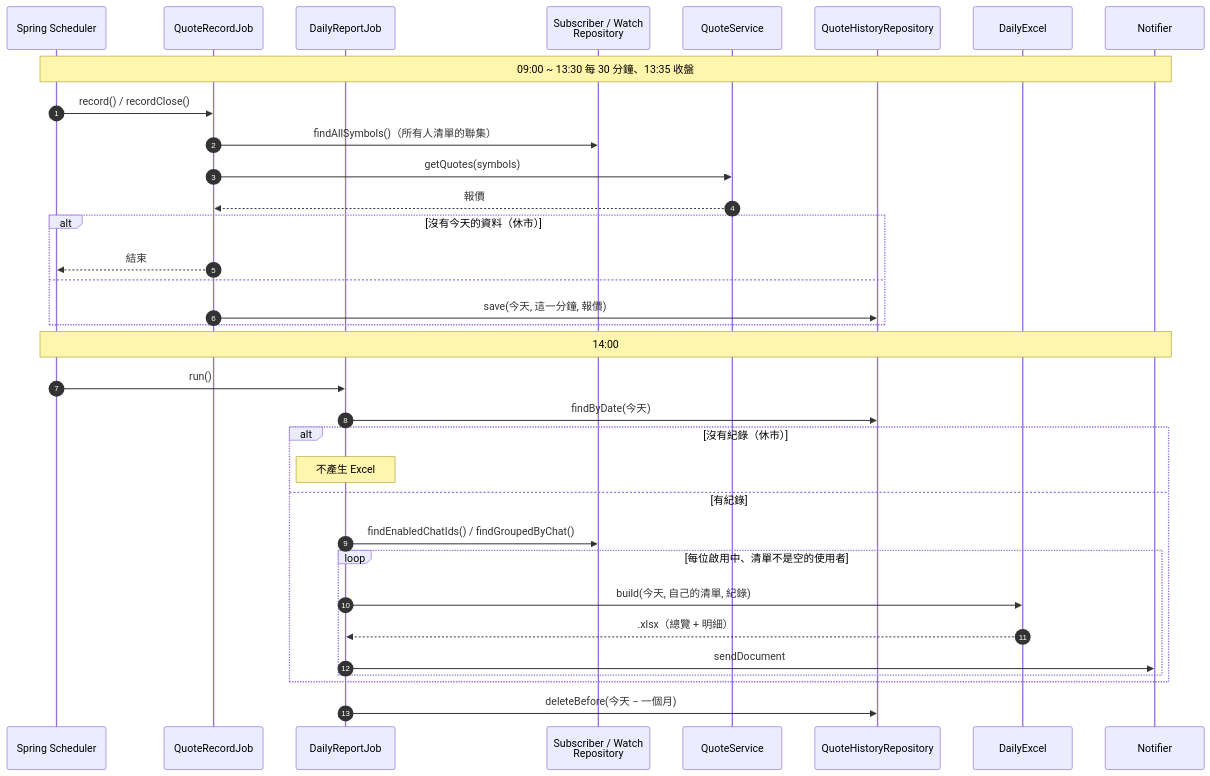
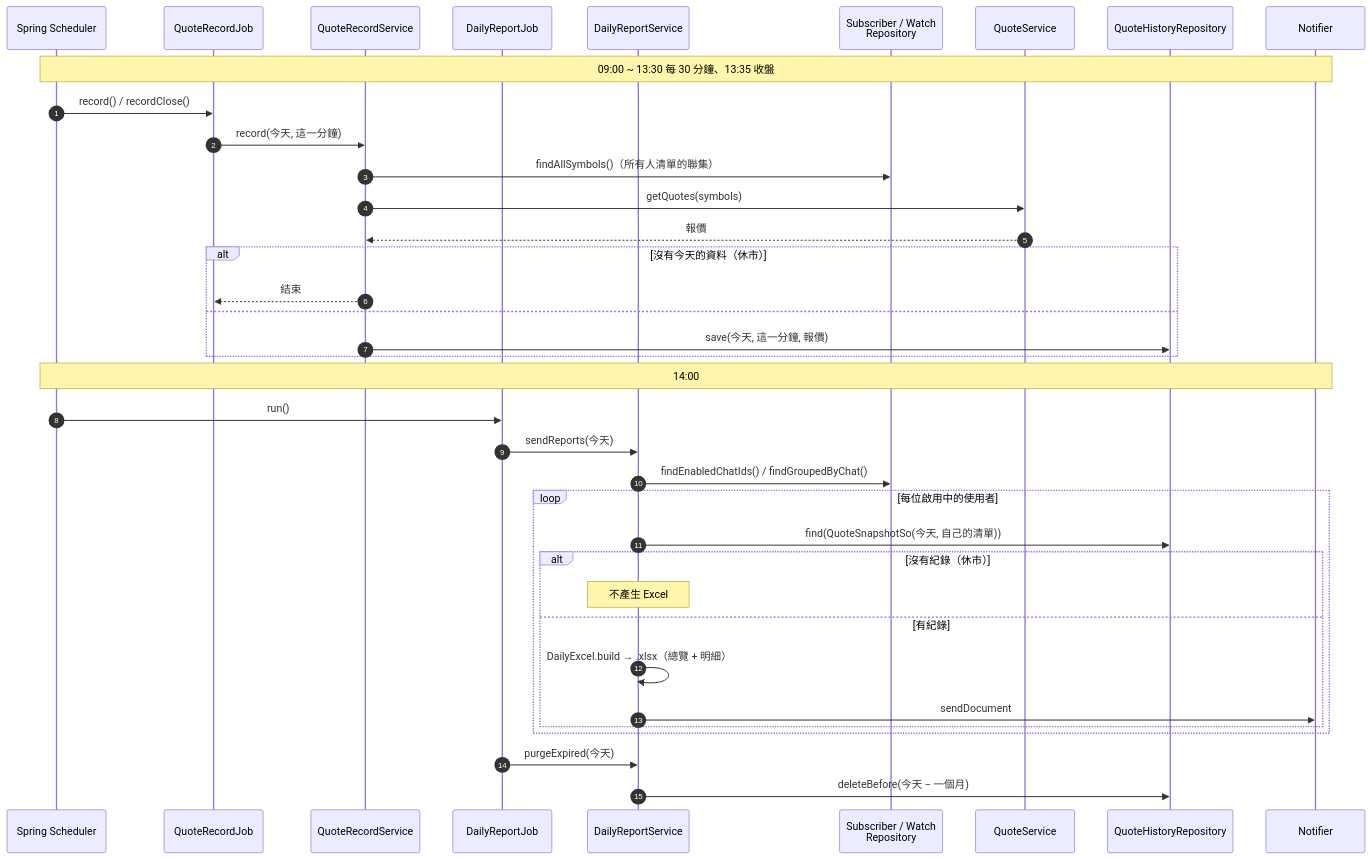
Before and after one commit to enochctcg/stock-bot-2: the fourth of 6 diagrams in docs/flow.md, drawn with Mermaid. The commit also changed other lines of this file and 78 other files, not shown here.

````diff
--- a/docs/flow.md
+++ b/docs/flow.md
@@ -152,38 +164,41 @@
 ```mermaid
 sequenceDiagram
     autonumber
     participant S as Spring Scheduler
     participant RJ as QuoteRecordJob
+    participant RS as QuoteRecordService
     participant DJ as DailyReportJob
+    participant DS as DailyReportService
     participant R as Subscriber / Watch<br/>Repository
     participant Q as QuoteService
     participant H as QuoteHistoryRepository
-    participant X as DailyExcel
     participant N as Notifier
 
     Note over S,N: 09:00 ~ 13:30 每 30 分鐘、13:35 收盤
     S->>RJ: record() / recordClose()
-    RJ->>R: findAllSymbols()（所有人清單的聯集）
-    RJ->>Q: getQuotes(symbols)
-    Q-->>RJ: 報價
+    RJ->>RS: record(今天, 這一分鐘)
+    RS->>R: findAllSymbols()（所有人清單的聯集）
+    RS->>Q: getQuotes(symbols)
+    Q-->>RS: 報價
     alt 沒有今天的資料（休市）
-        RJ-->>S: 結束
+        RS-->>RJ: 結束
     else
-        RJ->>H: save(今天, 這一分鐘, 報價)
+        RS->>H: save(今天, 這一分鐘, 報價)
     end
 
     Note over S,N: 14:00
     S->>DJ: run()
-    DJ->>H: findByDate(今天)
-    alt 沒有紀錄（休市）
-        Note over DJ: 不產生 Excel
-    else 有紀錄
-        DJ->>R: findEnabledChatIds() / findGroupedByChat()
-        loop 每位啟用中、清單不是空的使用者
-            DJ->>X: build(今天, 自己的清單, 紀錄)
-            X-->>DJ: .xlsx（總覽 + 明細）
-            DJ->>N: sendDocument
+    DJ->>DS: sendReports(今天)
+    DS->>R: findEnabledChatIds() / findGroupedByChat()
+    loop 每位啟用中的使用者
+        DS->>H: find(QuoteSnapshotSo(今天, 自己的清單))
+        alt 沒有紀錄（休市）
+            Note over DS: 不產生 Excel
+        else 有紀錄
+            DS->>DS: DailyExcel.build → .xlsx（總覽 + 明細）
+            DS->>N: sendDocument
         end
     end
-    DJ->>H: deleteBefore(今天 − 一個月)
+    DJ->>DS: purgeExpired(今天)
+    DS->>H: deleteBefore(今天 − 一個月)
 ```
````
